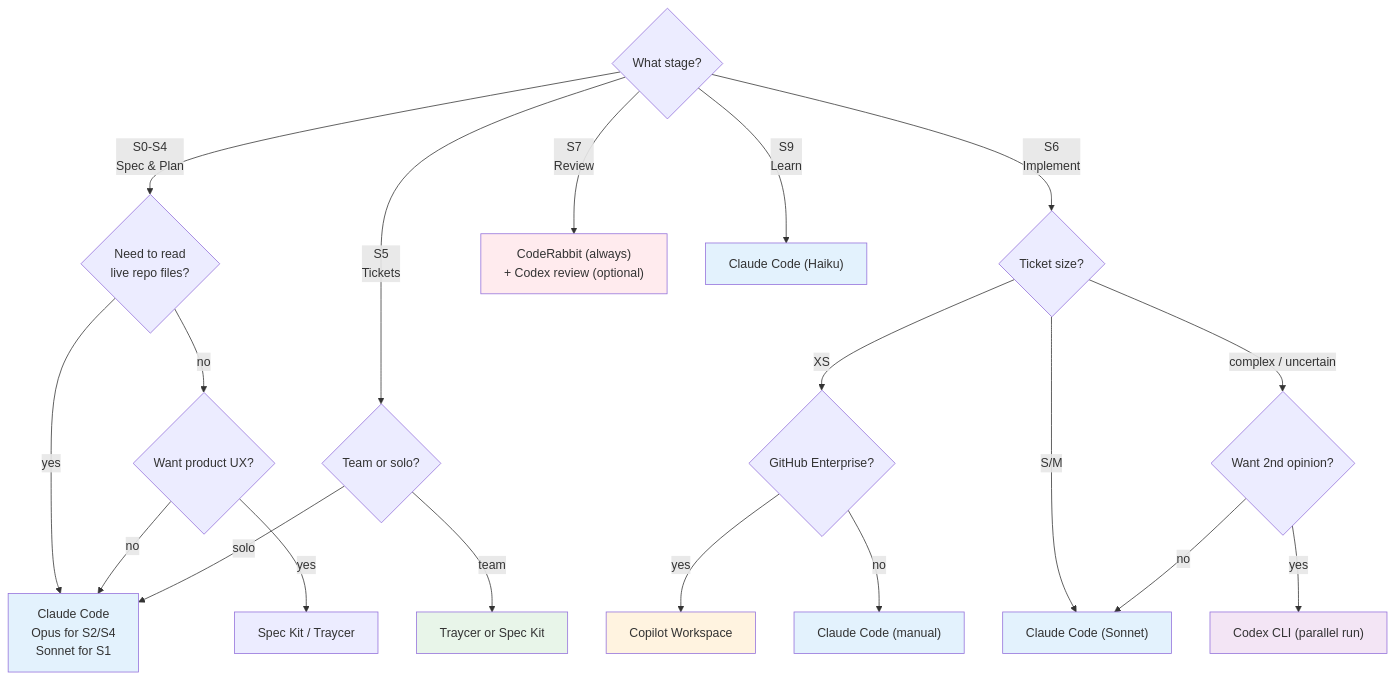
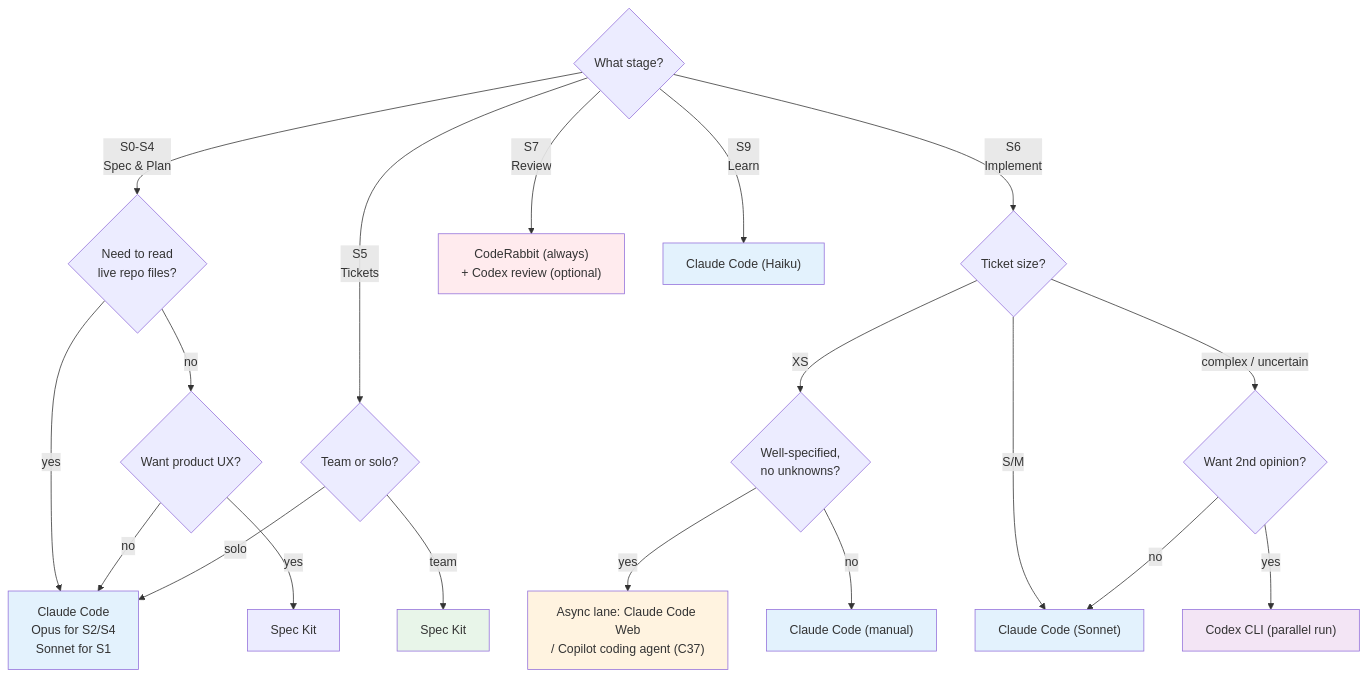
The seventh of 16 diagrams in architect-os/visual-appendix.md (Devalfaz/architect-os), drawn with Mermaid before and after one commit. The commit also changed other lines of this file and 11 other files, not shown here.

````diff
--- a/architect-os/visual-appendix.md
+++ b/architect-os/visual-appendix.md
@@ -238,35 +238,35 @@
 ```mermaid
 flowchart TD
     Q1{"What stage?"}
 
     Q1 -->|"S0-S4<br/>Spec & Plan"| Q2{"Need to read<br/>live repo files?"}
     Q2 -->|"yes"| CC["Claude Code<br/>Opus for S2/S4<br/>Sonnet for S1"]
     Q2 -->|"no"| Q3{"Want product UX?"}
-    Q3 -->|"yes"| TK["Spec Kit / Traycer"]
+    Q3 -->|"yes"| TK["Spec Kit"]
     Q3 -->|"no"| CC
 
     Q1 -->|"S5<br/>Tickets"| Q5{"Team or solo?"}
     Q5 -->|"solo"| CC
-    Q5 -->|"team"| TR["Traycer or Spec Kit"]
+    Q5 -->|"team"| TR["Spec Kit"]
 
     Q1 -->|"S6<br/>Implement"| Q6{"Ticket size?"}
-    Q6 -->|"XS"| Q7{"GitHub Enterprise?"}
-    Q7 -->|"yes"| CW["Copilot Workspace"]
+    Q6 -->|"XS"| Q7{"Well-specified,<br/>no unknowns?"}
+    Q7 -->|"yes"| CW["Async lane: Claude Code Web<br/>/ Copilot coding agent (C37)"]
     Q7 -->|"no"| CC2["Claude Code (manual)"]
     Q6 -->|"S/M"| CC3["Claude Code (Sonnet)"]
     Q6 -->|"complex / uncertain"| Q8{"Want 2nd opinion?"}
     Q8 -->|"yes"| CX["Codex CLI (parallel run)"]
     Q8 -->|"no"| CC3
 
     Q1 -->|"S7<br/>Review"| CR["CodeRabbit (always)<br/>+ Codex review (optional)"]
     Q1 -->|"S9<br/>Learn"| CH["Claude Code (Haiku)"]
 
     style CC fill:#e3f2fd
     style CC2 fill:#e3f2fd
     style CC3 fill:#e3f2fd
     style CH fill:#e3f2fd
     style CX fill:#f3e5f5
     style CW fill:#fff3e0
     style TR fill:#e8f5e9
     style CR fill:#ffebee
 ```
````
